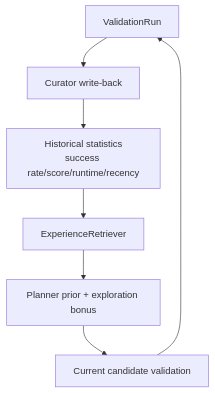
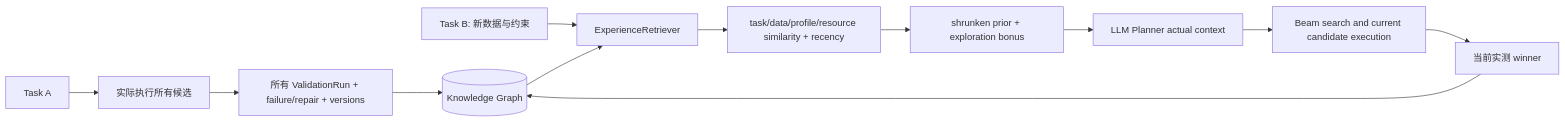
The fourth of 4 diagrams in docs/ARCHITECTURE.md (cucu220123/ai_agent), drawn with Mermaid before and after one commit. The commit also changed other lines of this file and 3 other files, not shown here.

Commit message:
docs: describe real GraphRAG architecture contracts and reproducible model setup

````diff
--- a/docs/ARCHITECTURE.md
+++ b/docs/ARCHITECTURE.md
@@ -62,9 +101,14 @@
 ```mermaid
-flowchart TB
-  A[ValidationRun] --> B[Curator write-back]
-  B --> C[Historical statistics\nsuccess rate/score/runtime/recency]
-  C --> D[ExperienceRetriever]
-  D --> E[Planner prior + exploration bonus]
-  E --> F[Current candidate validation]
-  F --> A
+flowchart LR
+    A[Task A] --> VA[实际执行所有候选]
+    VA --> WB[所有 ValidationRun + failure/repair + versions]
+    WB --> KG[(Knowledge Graph)]
+    B[Task B: 新数据与约束] --> ER[ExperienceRetriever]
+    KG --> ER
+    ER --> Sim[task/data/profile/resource similarity + recency]
+    Sim --> Prior[shrunken prior + exploration bonus]
+    Prior --> LP[LLM Planner actual context]
+    LP --> CB[Beam search and current candidate execution]
+    CB --> Winner[当前实测 winner]
+    Winner --> KG
 ```
````
